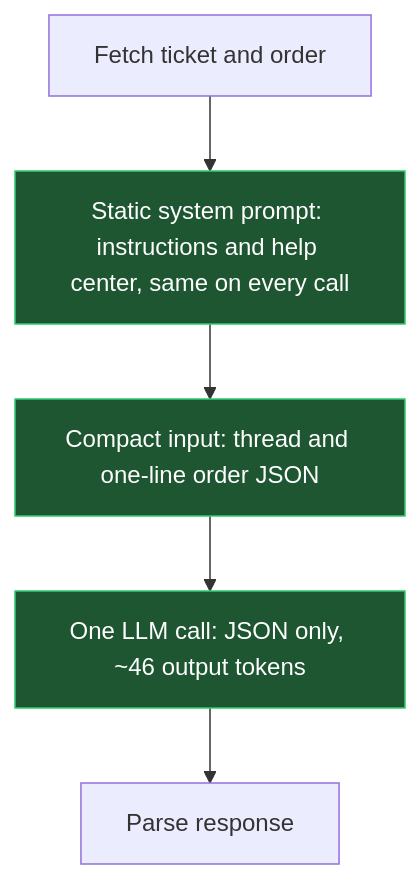
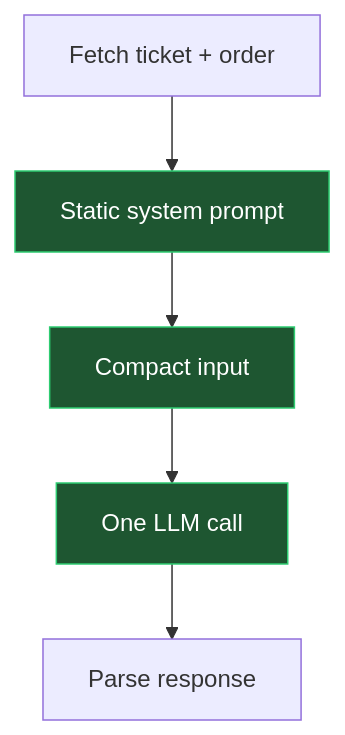
One commit to AnishKmSingh/intern-assignment-llm-cost-optimization changed the second of 4 diagrams in question1/SUBMISSION.md. Above: the diagram before and after it, drawn with Mermaid. The commit also changed other lines of this file, not shown here.

First line of the commit message:
Refactor submission with updated flowcharts and details

````diff
--- a/question1/SUBMISSION.md
+++ b/question1/SUBMISSION.md
@@ -18,10 +19,11 @@
 ```mermaid
+%%{init: {"flowchart": {"htmlLabels": false}}}%%
 flowchart TD
-    A["Fetch ticket and order"] --> B["Static system prompt: instructions and help center, same on every call"]
-    B --> C["Compact input: thread and one-line order JSON"]
-    C --> D["One LLM call: JSON only, ~46 output tokens"]
+    A["Fetch ticket + order"] --> B["Static system prompt"]
+    B --> C["Compact input"]
+    C --> D["One LLM call"]
     D --> E["Parse response"]
 
     classDef good fill:#1e5631,stroke:#2ecc71,color:#ffffff
     class B,C,D good
 ```
````
